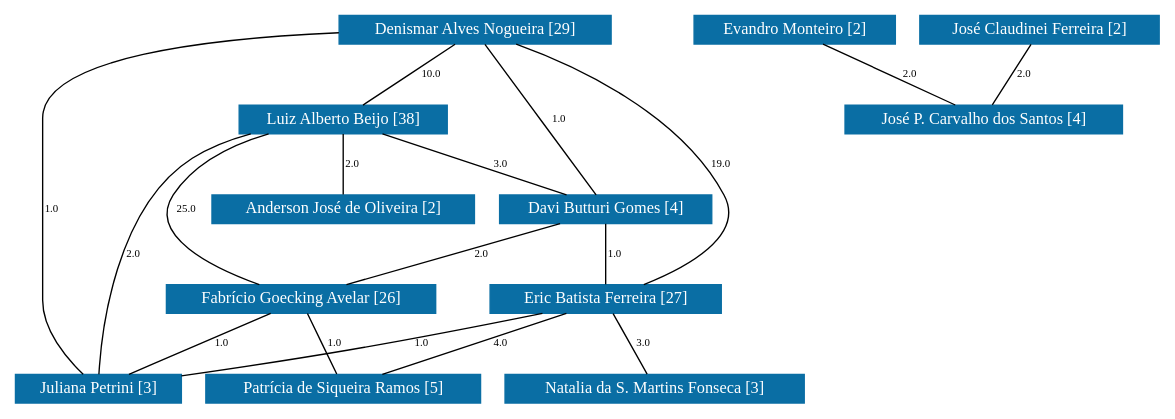
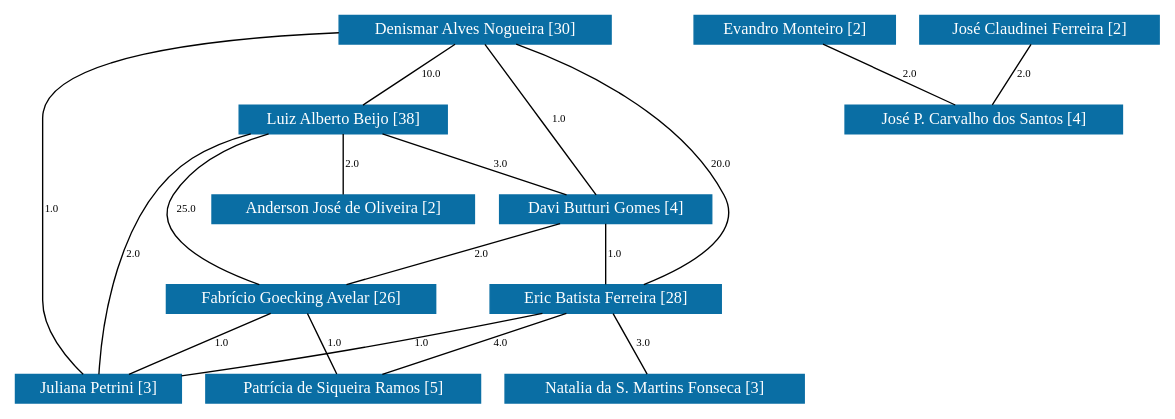
Before and after one commit to icamps/unifal-lattes.github.io: the diagram in PPGEAB/grafoDeColaboracoesComPesos.dot, drawn with Graphviz. The commit also changed 720 other files, not shown here.

```diff
--- a/PPGEAB/grafoDeColaboracoesComPesos.dot
+++ b/PPGEAB/grafoDeColaboracoesComPesos.dot
@@ -1,163 +1,163 @@
 strict graph grafo2 {
 	graph [bb="0,0,765,285",
 		id=grafo2,
 		overlap=False
 	];
 	node [fontsize=12,
 		label="\N",
 		shape=rectangle,
 		style=filled
 	];
 	0	 [URL="membro-3858924778362309.html",
 		color="#0A6EA4",
 		fontcolor="#FFFFFF",
 		height=0.29167,
-		label="Denismar Alves Nogueira [29]",
+		label="Denismar Alves Nogueira [30]",
 		pos="320.5,274.5",
 		width=2.2361];
 	1	 [URL="membro-8194104388434526.html",
 		color="#0A6EA4",
 		fontcolor="#FFFFFF",
 		height=0.29167,
 		label="Luiz Alberto Beijo [38]",
 		pos="207.5,208.5",
 		width=1.7778];
 	0 -- 1	 [fontsize=8,
 		label=10.0,
 		lp="278.5,241.5",
 		pos="302.34,263.9 281.26,251.58 246.68,231.38 225.61,219.08"];
 	2	 [URL="membro-0326922176762825.html",
 		color="#0A6EA4",
 		fontcolor="#FFFFFF",
 		height=0.29167,
 		label="Davi Butturi Gomes [4]",
 		pos="369.5,142.5",
 		width=1.8056];
 	0 -- 2	 [fontsize=8,
 		label=1.0,
 		lp="353.5,208.5",
 		pos="324.51,263.7 333.74,238.82 356.42,177.74 365.57,153.08"];
 	3	 [URL="membro-9965398009651936.html",
 		color="#0A6EA4",
 		fontcolor="#FFFFFF",
 		height=0.29167,
-		label="Eric Batista Ferreira [27]",
+		label="Eric Batista Ferreira [28]",
 		pos="369.5,76.5",
 		width=1.8889];
 	0 -- 3	 [fontsize=8,
-		label=19.0,
+		label=20.0,
 		lp="441.5,175.5",
 		pos="338.23,263.77 366.8,245.31 421.98,204.51 443.5,153 455.54,124.19 419.43,100.08 393.5,87.017"];
 	5	 [URL="membro-9510541669291293.html",
 		color="#0A6EA4",
 		fontcolor="#FFFFFF",
 		height=0.29167,
 		label="Juliana Petrini [3]",
 		pos="50.5,10.5",
 		width=1.4028];
 	0 -- 5	 [fontsize=8,
 		label=1.0,
 		lp="17.5,142.5",
 		pos="239.98,265.08 148.72,253.28 12.5,231.78 12.5,208.5 12.5,208.5 12.5,208.5 12.5,76.5 12.5,54.552 28.478,33.317 39.712,21.098"];
 	1 -- 2	 [fontsize=8,
 		label=3.0,
 		lp="303.5,175.5",
 		pos="233.53,197.9 263.76,185.58 313.33,165.38 343.54,153.08"];
 	1 -- 5	 [fontsize=8,
 		label=2.0,
 		lp="76.5,109.5",
 		pos="154.31,197.9 141.47,193.72 128.34,187.94 117.5,180 63.891,140.74 53.149,51.831 51.02,21.148"];
 	4	 [URL="membro-6886514520601172.html",
 		color="#0A6EA4",
 		fontcolor="#FFFFFF",
 		height=0.29167,
 		label="Fabrício Goecking Avelar [26]",
 		pos="169.5,76.5",
 		width=2.2222];
 	1 -- 4	 [fontsize=8,
 		label=25.0,
 		lp="112.5,142.5",
 		pos="167.94,197.96 145.39,189.7 118.99,175.7 105.5,153 90.106,127.1 125.2,101.07 149.27,87.046"];
 	8	 [URL="membro-1349156075777095.html",
 		color="#0A6EA4",
 		fontcolor="#FFFFFF",
 		height=0.29167,
 		label="Anderson José de Oliveira [2]",
 		pos="207.5,142.5",
 		width=2.1944];
 	1 -- 8	 [fontsize=8,
 		label=2.0,
 		lp="212.5,175.5",
 		pos="207.5,197.9 207.5,185.65 207.5,165.62 207.5,153.3"];
 	2 -- 3	 [fontsize=8,
 		label=1.0,
 		lp="374.5,109.5",
 		pos="369.5,131.9 369.5,119.65 369.5,99.622 369.5,87.297"];
 	2 -- 4	 [fontsize=8,
 		label=2.0,
 		lp="286.5,109.5",
 		pos="337.37,131.9 300.04,119.58 238.84,99.383 201.55,87.078"];
 	3 -- 5	 [fontsize=8,
 		label=1.0,
 		lp="247.5,43.5",
 		pos="323.68,65.934 289.73,58.203 242.3,47.606 200.5,39 167.53,32.211 130.35,25.144 101.26,19.745"];
 	6	 [URL="membro-7184150832649950.html",
 		color="#0A6EA4",
 		fontcolor="#FFFFFF",
 		height=0.29167,
 		label="Patrícia de Siqueira Ramos [5]",
 		pos="199.5,10.5",
 		width=2.2361];
 	3 -- 6	 [fontsize=8,
 		label=4.0,
 		lp="300.5,43.5",
 		pos="342.19,65.896 310.46,53.58 258.44,33.383 226.75,21.078"];
 	7	 [URL="membro-3374954104030940.html",
 		color="#0A6EA4",
 		fontcolor="#FFFFFF",
 		height=0.29167,
 		label="Natalia da S. Martins Fonseca [3]",
 		pos="386.5,10.5",
 		width=2.4444];
 	3 -- 7	 [fontsize=8,
 		label=3.0,
 		lp="384.5,43.5",
 		pos="372.23,65.896 375.38,53.653 380.54,33.622 383.72,21.297"];
 	4 -- 5	 [fontsize=8,
 		label=1.0,
 		lp="122.5,43.5",
 		pos="150.38,65.896 128.17,53.58 91.758,33.383 69.572,21.078"];
 	4 -- 6	 [fontsize=8,
 		label=1.0,
 		lp="191.5,43.5",
 		pos="174.32,65.896 179.89,53.653 188.99,33.622 194.59,21.297"];
 	9	 [URL="membro-3089568911577519.html",
 		color="#0A6EA4",
 		fontcolor="#FFFFFF",
 		height=0.29167,
 		label="Evandro Monteiro [2]",
 		pos="543.5,274.5",
 		width=1.6667];
 	11	 [URL="membro-9393213180145144.html",
 		color="#0A6EA4",
 		fontcolor="#FFFFFF",
 		height=0.29167,
 		label="José P. Carvalho dos Santos [4]",
 		pos="633.5,208.5",
 		width=2.3056];
 	9 -- 11	 [fontsize=8,
 		label=2.0,
 		lp="599.5,241.5",
 		pos="557.96,263.9 574.76,251.58 602.3,231.38 619.08,219.08"];
 	10	 [URL="membro-6808752952332925.html",
 		color="#0A6EA4",
 		fontcolor="#FFFFFF",
 		height=0.29167,
 		label="José Claudinei Ferreira [2]",
 		pos="693.5,274.5",
 		width=1.9861];
 	10 -- 11	 [fontsize=8,
 		label=2.0,
 		lp="672.5,241.5",
 		pos="683.86,263.9 672.73,251.65 654.52,231.62 643.32,219.3"];
 }
```
